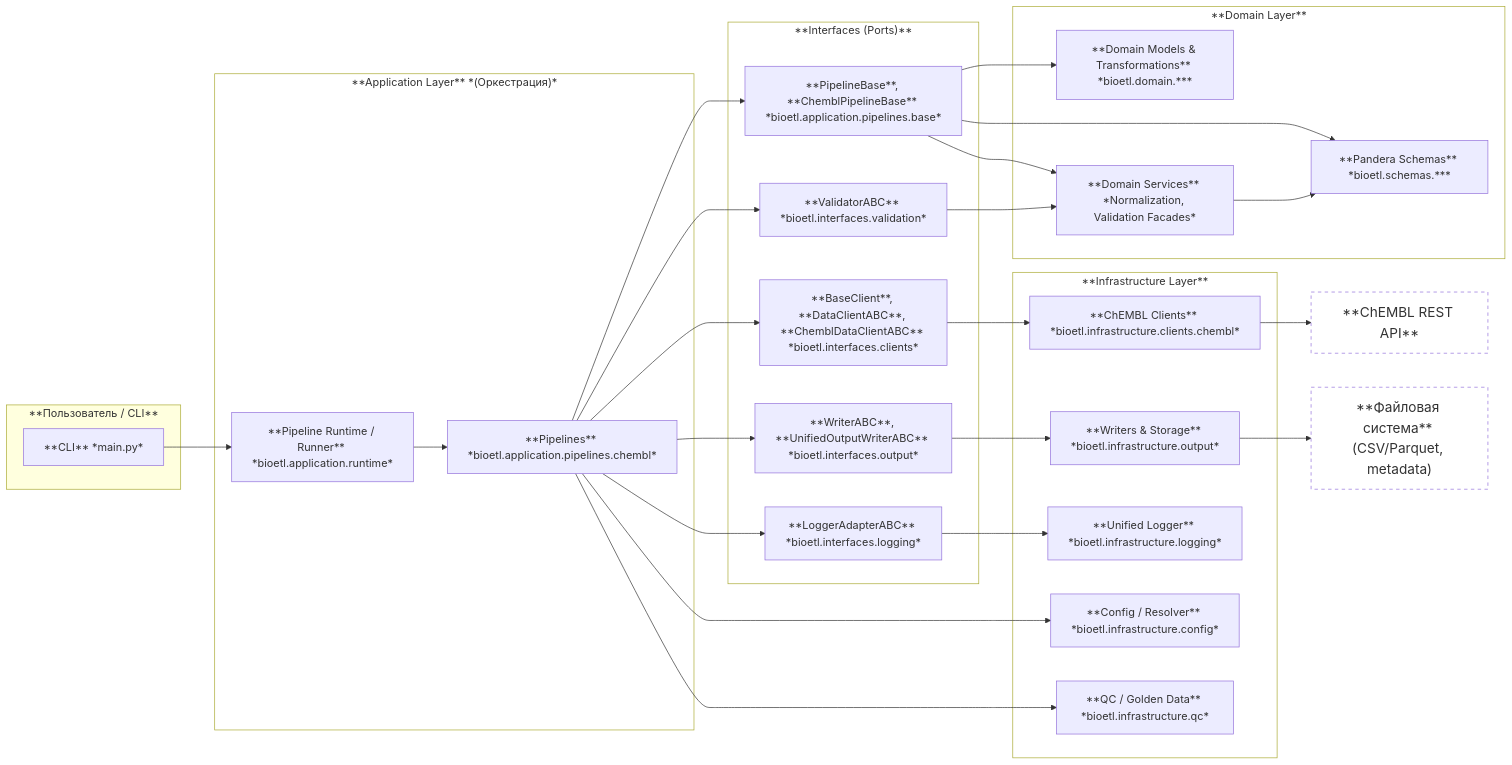
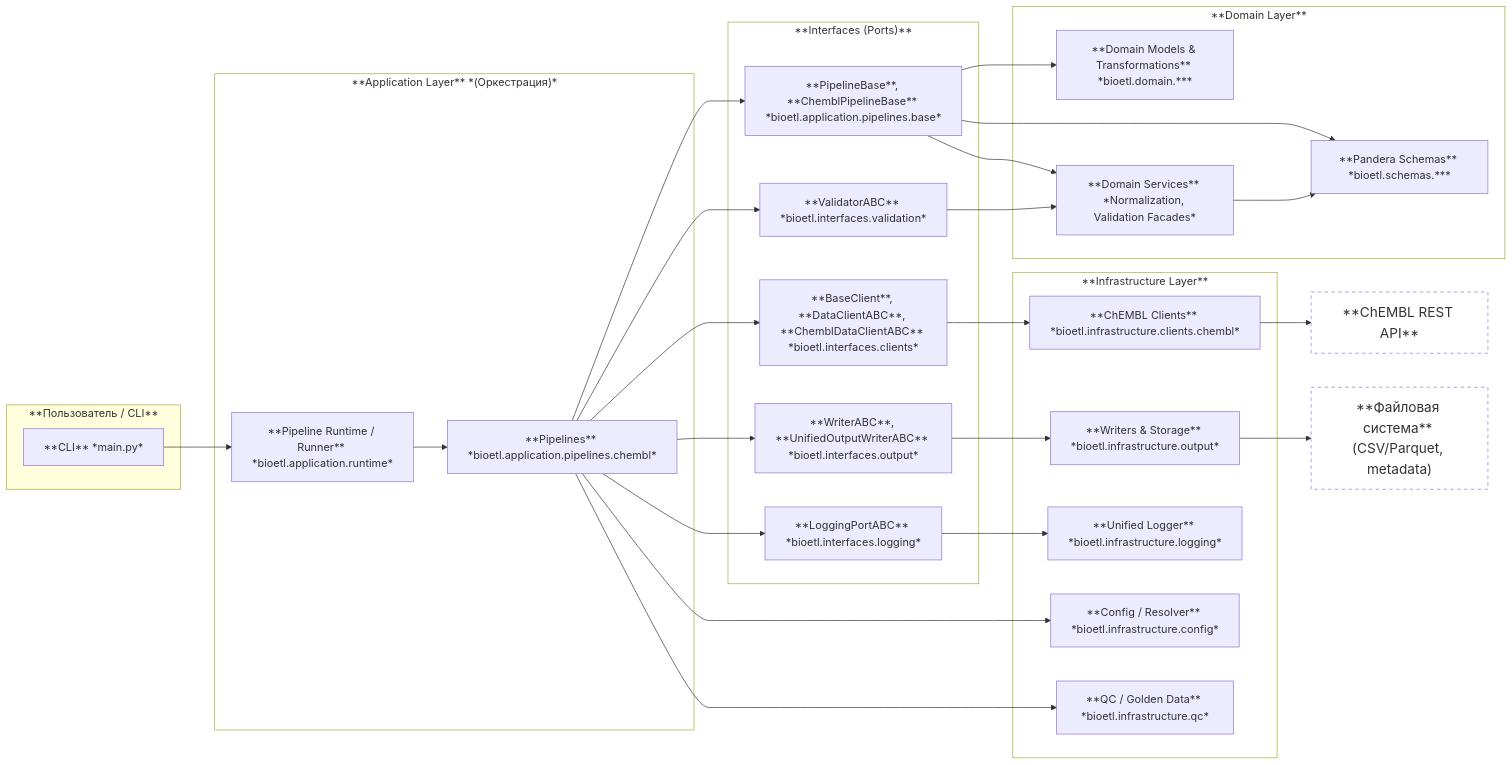
One commit to SatoryKono/BioactivityDataAcquisition changed the seventh of 7 diagrams in docs/architecture/07-diagrams.md. Above: the diagram before and after it, drawn with Mermaid. The commit also changed other lines of this file and 24 other files, not shown here.

````diff
--- a/docs/architecture/07-diagrams.md
+++ b/docs/architecture/07-diagrams.md
@@ -388,60 +388,60 @@
 ```mermaid
 ---
 id: eba65a67-a730-4b5a-b14d-365c0db29ed4
 ---
 flowchart LR
   subgraph User["**Пользователь / CLI**"]
     CLI["**CLI** *main.py*"]
   end
   subgraph Application["**Application Layer** *(Оркестрация)*"]
     Pipelines["**Pipelines** *bioetl.application.pipelines.chembl*"]
     Runtime["**Pipeline Runtime / Runner** *bioetl.application.runtime*"]
   end
   subgraph Domain["**Domain Layer**"]
     DomainCore["**Domain Models & Transformations** *bioetl.domain.***"]
     Schemas["**Pandera Schemas** *bioetl.schemas.***"]
     Services["**Domain Services** *Normalization, Validation Facades*"]
   end
   subgraph Infrastructure["**Infrastructure Layer**"]
     Clients["**ChEMBL Clients** *bioetl.infrastructure.clients.chembl*"]
     Output["**Writers &amp; Storage** *bioetl.infrastructure.output*"]
     Logging["**Unified Logger** *bioetl.infrastructure.logging*"]
     Config["**Config / Resolver** *bioetl.infrastructure.config*"]
     QC["**QC / Golden Data** *bioetl.infrastructure.qc*"]
   end
   subgraph Interfaces["**Interfaces (Ports)**"]
     IF_Pipeline["**PipelineBase**, **ChemblPipelineBase** *bioetl.application.pipelines.base*"]
     IF_Client["**BaseClient**, **DataClientABC**, **ChemblDataClientABC** *bioetl.interfaces.clients*"]
-    IF_Logger["**LoggerAdapterABC** *bioetl.interfaces.logging*"]
+    IF_Logger["**LoggingPortABC** *bioetl.interfaces.logging*"]
     IF_Writer["**WriterABC**, **UnifiedOutputWriterABC** *bioetl.interfaces.output*"]
     IF_Validator["**ValidatorABC** *bioetl.interfaces.validation*"]
   end
   CLI --> Runtime
   Runtime --> Pipelines
   Pipelines --> IF_Pipeline
   Pipelines --> IF_Client
   Pipelines --> IF_Writer
   Pipelines --> IF_Validator
   Pipelines --> IF_Logger
   Pipelines --> Config
   Pipelines --> QC
   IF_Pipeline --> DomainCore
   IF_Pipeline --> Schemas
   IF_Pipeline --> Services
   IF_Client --> Clients
   Clients --> ext_api["**ChEMBL REST API**"]
   IF_Writer --> Output
   Output --> fs["**Файловая система** (CSV/Parquet, metadata)"]
   IF_Validator --> Services
   Services --> Schemas
   IF_Logger --> Logging
 
   ext_api:::ext
   fs:::ext
   classDef default font-size:16px
   classDef ext fill:#fff,border:#999,stroke-dasharray:5 5,font-size:20px
   style Application fill:#FFFFFF
   style Interfaces fill:transparent
   style Domain fill:#FFFFFF
   style Infrastructure fill:#FFFFFF
 ```
````
